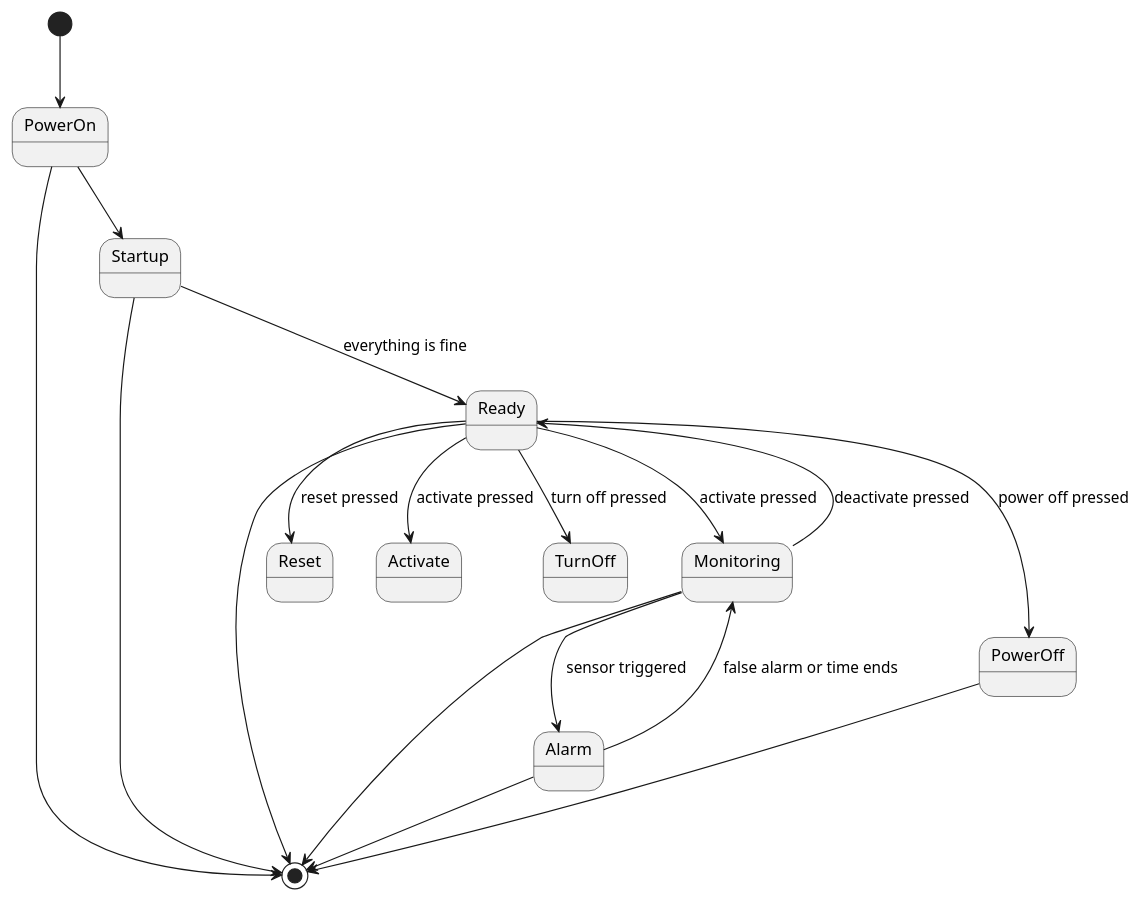
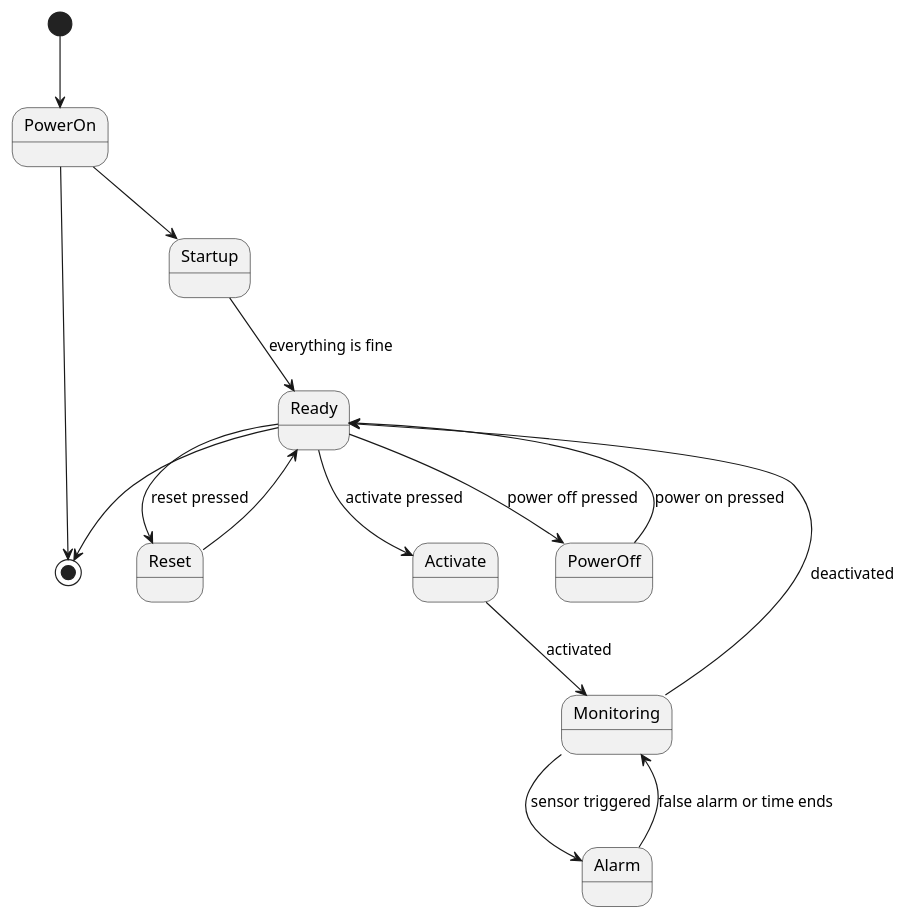
Before and after one commit to maimunafaria/State_transition_Diagram_generated_by_LLM: the diagram in results/plantuml_pipeline/runs/open_source__llama31_8b_instruct__rag_validation_generator_critic_repair/case_47_safehome_security_function/run_01.puml, drawn with PlantUML. The commit also changed 210 other files, not shown here.

```diff
--- a/results/plantuml_pipeline/runs/open_source__llama31_8b_instruct__rag_validation_generator_critic_repair/case_47_safehome_security_function/run_01.puml
+++ b/results/plantuml_pipeline/runs/open_source__llama31_8b_instruct__rag_validation_generator_critic_repair/case_47_safehome_security_function/run_01.puml
@@ -1,19 +1,16 @@
 @startuml
 [*] --> PowerOn
 PowerOn --> [*]
 PowerOn --> Startup
-Startup --> [*]
 Startup --> Ready : everything is fine
 Ready --> [*]
 Ready --> Reset : reset pressed
+Reset --> Ready
 Ready --> Activate : activate pressed
-Ready --> TurnOff : turn off pressed
-Ready --> Monitoring : activate pressed
+Activate --> Monitoring : activated
 Monitoring --> Alarm : sensor triggered
-Alarm --> [*]
 Alarm --> Monitoring : false alarm or time ends
-Monitoring --> [*]
-Monitoring --> Ready : deactivate pressed
+Monitoring --> Ready : deactivated
 Ready --> PowerOff : power off pressed
-PowerOff --> [*]
+PowerOff --> Ready : power on pressed
 @enduml
```
